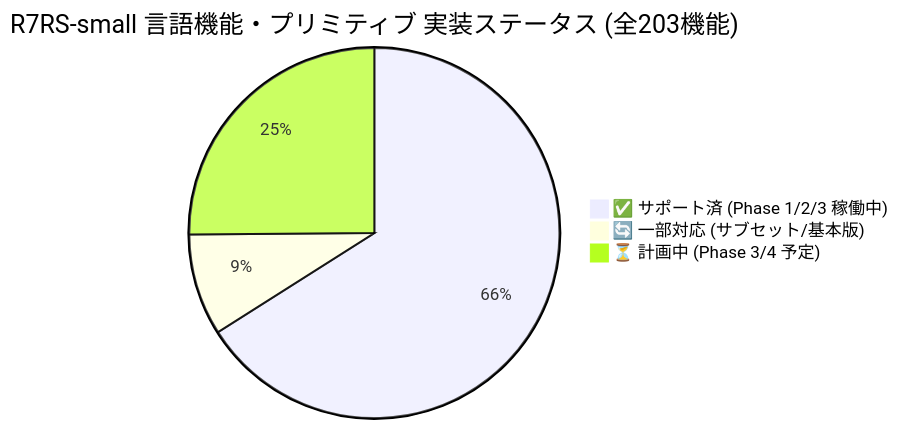
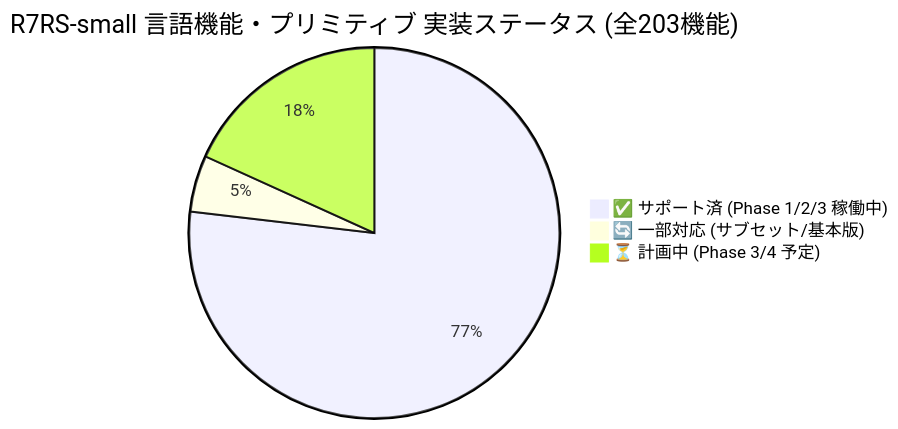
The first of 3 diagrams in ilisp/docs/SPEC_R7RS.md (rokujyouhitoma/arxiv-security-papers), drawn with Mermaid before and after one commit. The commit also changed other lines of this file and 5 other files, not shown here.

````diff
--- a/ilisp/docs/SPEC_R7RS.md
+++ b/ilisp/docs/SPEC_R7RS.md
@@ -17,6 +17,6 @@
 ```mermaid
 pie title R7RS-small 言語機能・プリミティブ 実装ステータス (全203機能)
-    "✅ サポート済 (Phase 1/2/3 稼働中)" : 134
-    "🔄 一部対応 (サブセット/基本版)" : 18
-    "⏳ 計画中 (Phase 3/4 予定)" : 51
+    "✅ サポート済 (Phase 1/2/3 稼働中)" : 156
+    "🔄 一部対応 (サブセット/基本版)" : 10
+    "⏳ 計画中 (Phase 3/4 予定)" : 37
 ```
````
